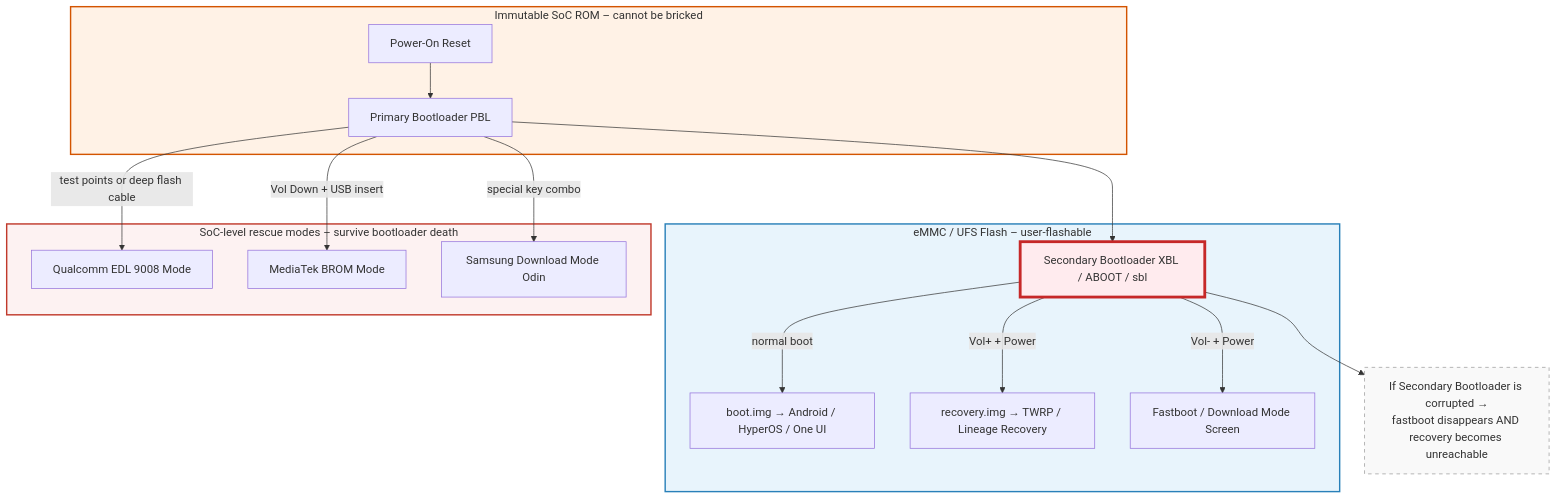
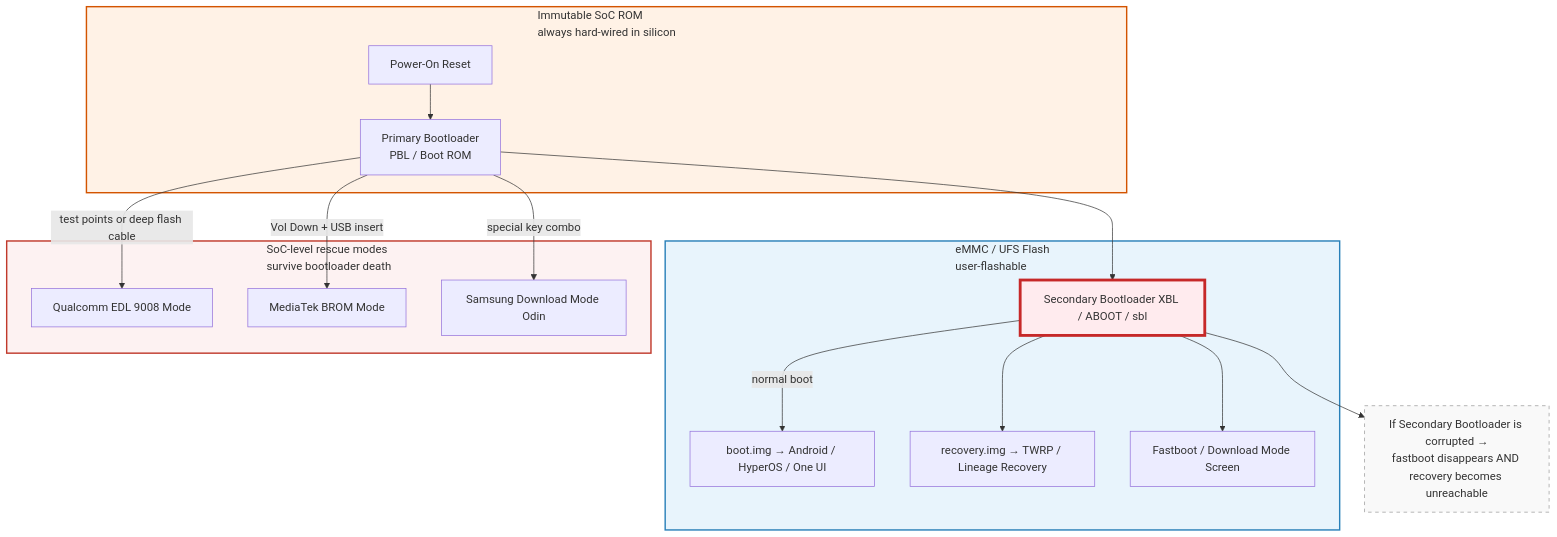
The diagram in README.md (nichtsen/bootchain), drawn with Mermaid before and after one commit.

Commit message:
fix:subgraph tile margin

````diff
--- a/README.md
+++ b/README.md
@@ -2,28 +2,37 @@
 ```mermaid
+---
+config:
+  flowchart:
+    subGraphTitleMargin:
+      bottom: 30
+---
 flowchart TD
-    subgraph Silicon ["Immutable SoC ROM – cannot be bricked"]
-        A[Power-On Reset] --> B[Primary Bootloader PBL]
+    subgraph Silicon [Immutable SoC ROM <br> always hard-wired in silicon
+
+]
+        A[Power-On Reset] --> B[Primary Bootloader<br>PBL / Boot ROM]
     end
 
-    subgraph Flash ["eMMC / UFS Flash – user-flashable"]
+    subgraph Flash ["eMMC / UFS Flash <br> user-flashable"]
         B --> C[Secondary Bootloader XBL / ABOOT / sbl]
         C -->|normal boot| D[boot.img → Android / HyperOS / One UI]
-        C -->|Vol+ + Power| E[recovery.img → TWRP / Lineage Recovery]
-        C -->|Vol- + Power| F[Fastboot / Download Mode Screen]
+        C --> E[recovery.img → TWRP / Lineage Recovery]
+        C --> F[Fastboot / Download Mode Screen]
     end
 
-    subgraph Rescue ["SoC-level rescue modes – survive bootloader death"]
+    subgraph Rescue ["SoC-level rescue modes <br> survive bootloader death"]
         B -->|test points or deep flash cable| G[Qualcomm EDL 9008 Mode]
         B -->|Vol Down + USB insert| H[MediaTek BROM Mode]
         B -->|special key combo| I[Samsung Download Mode Odin]
     end
 
     style Silicon fill:#fff2e6,stroke:#d35400,stroke-width:2px
     style Flash fill:#e8f4fc,stroke:#2980b9,stroke-width:2px
     style Rescue fill:#fdf2f2,stroke:#c0392b,stroke-width:2px
     style C fill:#ffebee,stroke:#c62828,stroke-width:4px
 
+
     classDef note fill:#f9f9f9,stroke:#999,stroke-dasharray: 5 5
-    note1["If Secondary Bootloader is corrupted →\nfastboot disappears AND recovery becomes unreachable"]:::note
+    note1["If Secondary Bootloader is corrupted →<br>fastboot disappears AND recovery becomes unreachable"]:::note
     C --> note1
 ```
````
